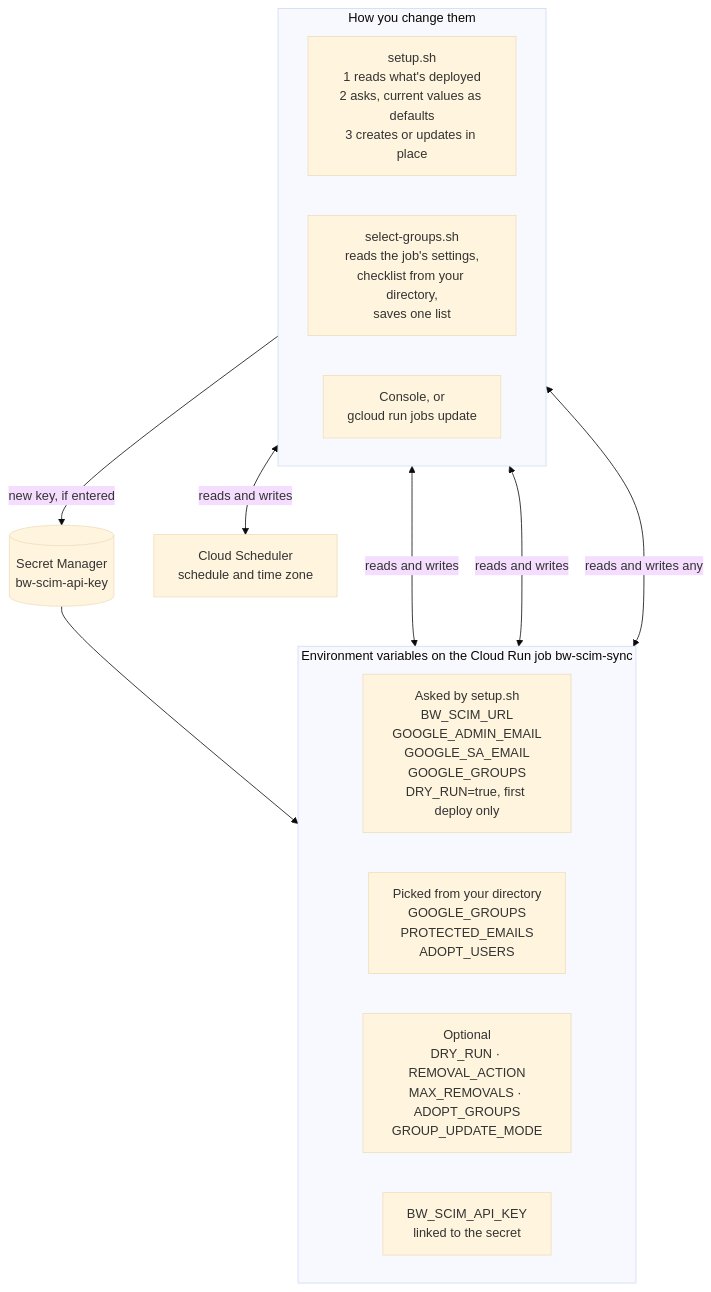
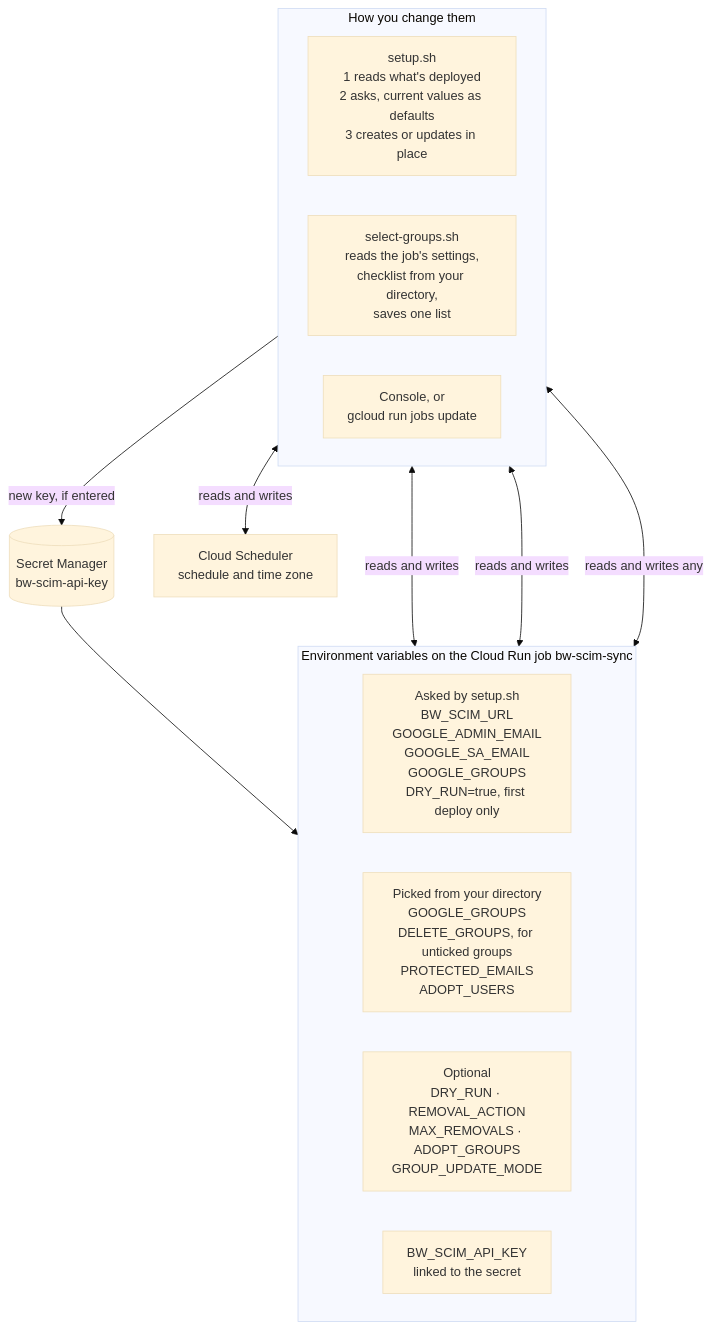
One commit to bitwarden-labs/bw-gws-scim-sync changed the second of 7 diagrams in docs/ARCHITECTURE.md. Above: the diagram before and after it, drawn with Mermaid (base theme). The commit also changed other lines of this file and 12 other files, not shown here.

First line of the commit message:
Delete the Bitwarden group when you untick a Google group

````diff
--- a/docs/ARCHITECTURE.md
+++ b/docs/ARCHITECTURE.md
@@ -45,24 +45,24 @@
 ```mermaid
 flowchart TB
     subgraph TOOLS["How you change them"]
         direction LR
         SETUP["setup.sh<br/>1 reads what's deployed<br/>2 asks, current values as defaults<br/>3 creates or updates in place"]
         PICK["select-groups.sh<br/>reads the job's settings,<br/>checklist from your directory,<br/>saves one list"]
         CON["Console, or<br/>gcloud run jobs update"]
     end
     subgraph ENV["Environment variables on the Cloud Run job bw-scim-sync"]
         direction LR
         E1["Asked by setup.sh<br/>BW_SCIM_URL<br/>GOOGLE_ADMIN_EMAIL<br/>GOOGLE_SA_EMAIL<br/>GOOGLE_GROUPS<br/>DRY_RUN=true, first deploy only"]
-        E2["Picked from your directory<br/>GOOGLE_GROUPS<br/>PROTECTED_EMAILS<br/>ADOPT_USERS"]
+        E2["Picked from your directory<br/>GOOGLE_GROUPS<br/>DELETE_GROUPS, for unticked groups<br/>PROTECTED_EMAILS<br/>ADOPT_USERS"]
         E3["Optional<br/>DRY_RUN · REMOVAL_ACTION<br/>MAX_REMOVALS · ADOPT_GROUPS<br/>GROUP_UPDATE_MODE"]
         E4["BW_SCIM_API_KEY<br/>linked to the secret"]
     end
     SECRET[("Secret Manager<br/>bw-scim-api-key")]
     SCHED["Cloud Scheduler<br/>schedule and time zone"]
     SETUP <-- "reads and writes" --> E1
     PICK <-- "reads and writes" --> E2
     CON <-- "reads and writes any" --> E3
     SETUP <-- "reads and writes" --> SCHED
     SETUP -- "new key, if entered" --> SECRET
     SECRET --> E4
 ```
````
